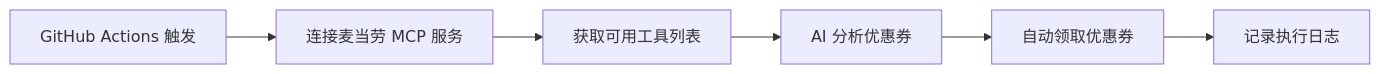
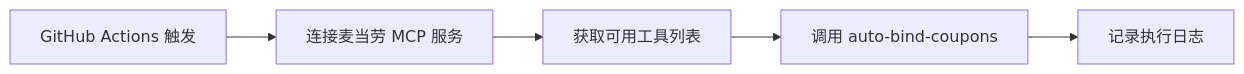
The diagram in README.md (slhmy/auto-mcd-coupon), drawn with Mermaid before and after one commit. The commit also changed other lines of this file and 4 other files, not shown here.

````diff
--- a/README.md
+++ b/README.md
@@ -156,8 +139,7 @@
 ```mermaid
 graph LR
     A[GitHub Actions 触发] --> B[连接麦当劳 MCP 服务]
     B --> C[获取可用工具列表]
-    C --> D[AI 分析优惠券]
-    D --> E[自动领取优惠券]
-    E --> F[记录执行日志]
+    C --> D[调用 auto-bind-coupons]
+    D --> E[记录执行日志]
 ```
````
